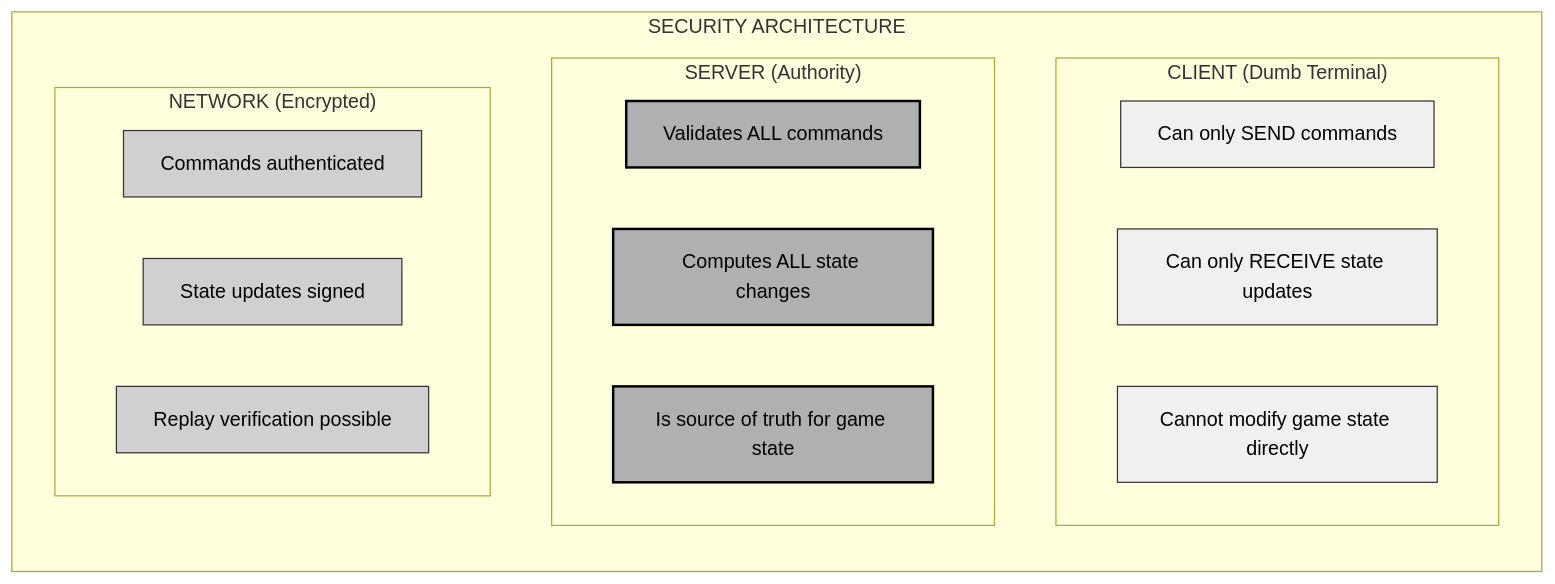
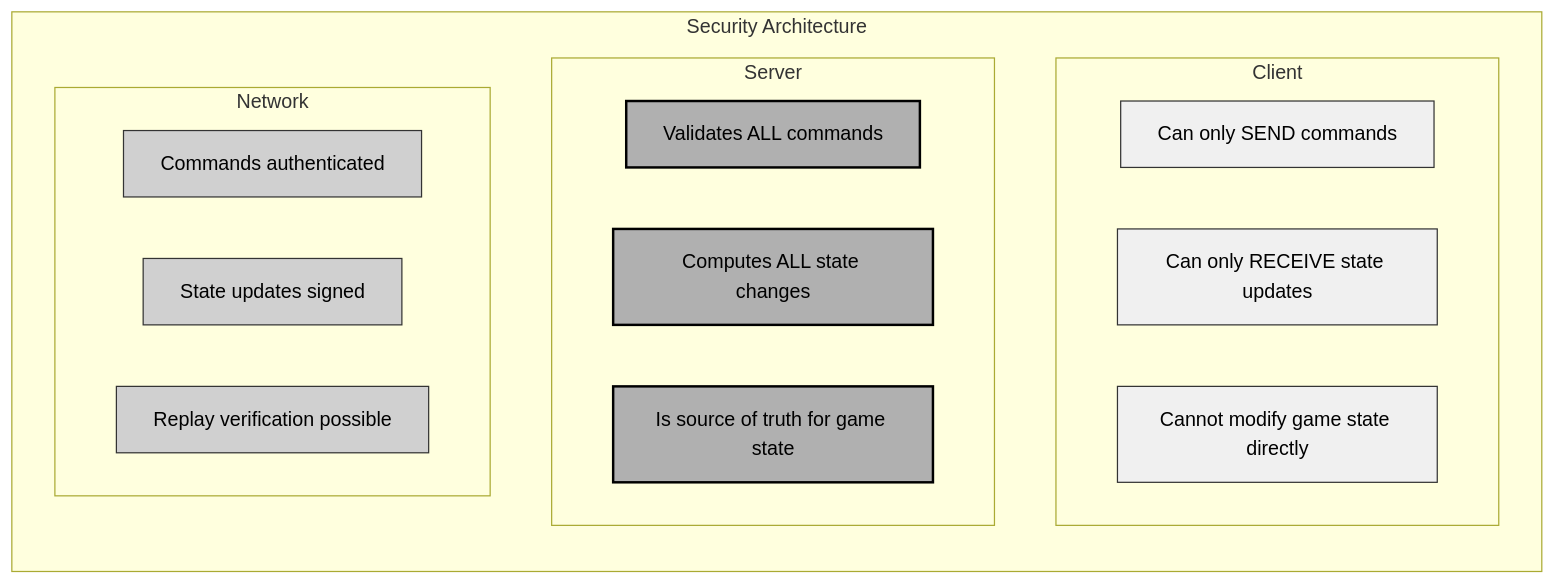
Before and after one commit to jukofyork/close-combat-architecture-study: the first of 7 diagrams in chapter_15_multiplayer.md, drawn with Mermaid. The commit also changed other lines of this file and 5 other files, not shown here.

````diff
--- a/chapter_15_multiplayer.md
+++ b/chapter_15_multiplayer.md
@@ -122,33 +122,33 @@
 ```mermaid
 flowchart TB
     classDef default fill:#fff,stroke:#000,stroke-width:1px,color:#000
     classDef light fill:#f0f0f0,stroke:#333,stroke-width:1px,color:#000
     classDef medium fill:#d0d0d0,stroke:#333,stroke-width:1px,color:#000
     classDef dark fill:#b0b0b0,stroke:#000,stroke-width:2px,color:#000
 
-    subgraph Security["SECURITY ARCHITECTURE"]
+    subgraph Security["Security Architecture"]
         direction TB
 
-        subgraph Client["CLIENT (Dumb Terminal)"]
+        subgraph Client["Client"]
             C1["Can only SEND commands"]
             C2["Can only RECEIVE state updates"]
             C3["Cannot modify game state directly"]
         end
 
-        subgraph Server["SERVER (Authority)"]
+        subgraph Server["Server"]
             S1["Validates ALL commands"]
             S2["Computes ALL state changes"]
             S3["Is source of truth for game state"]
         end
 
-        subgraph Network["NETWORK (Encrypted)"]
+        subgraph Network["Network"]
             N1["Commands authenticated"]
             N2["State updates signed"]
             N3["Replay verification possible"]
         end
     end
 
     class C1,C2,C3 light
     class S1,S2,S3 dark
     class N1,N2,N3 medium
 ```
````
